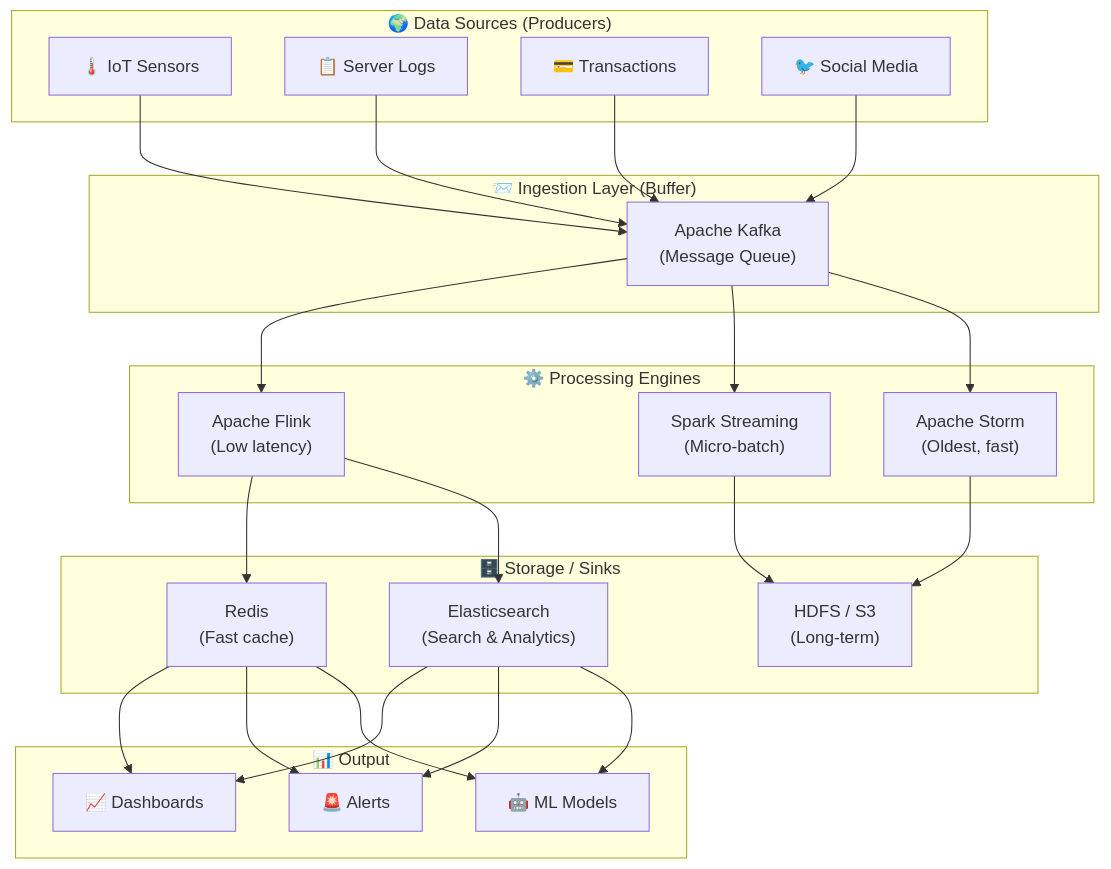
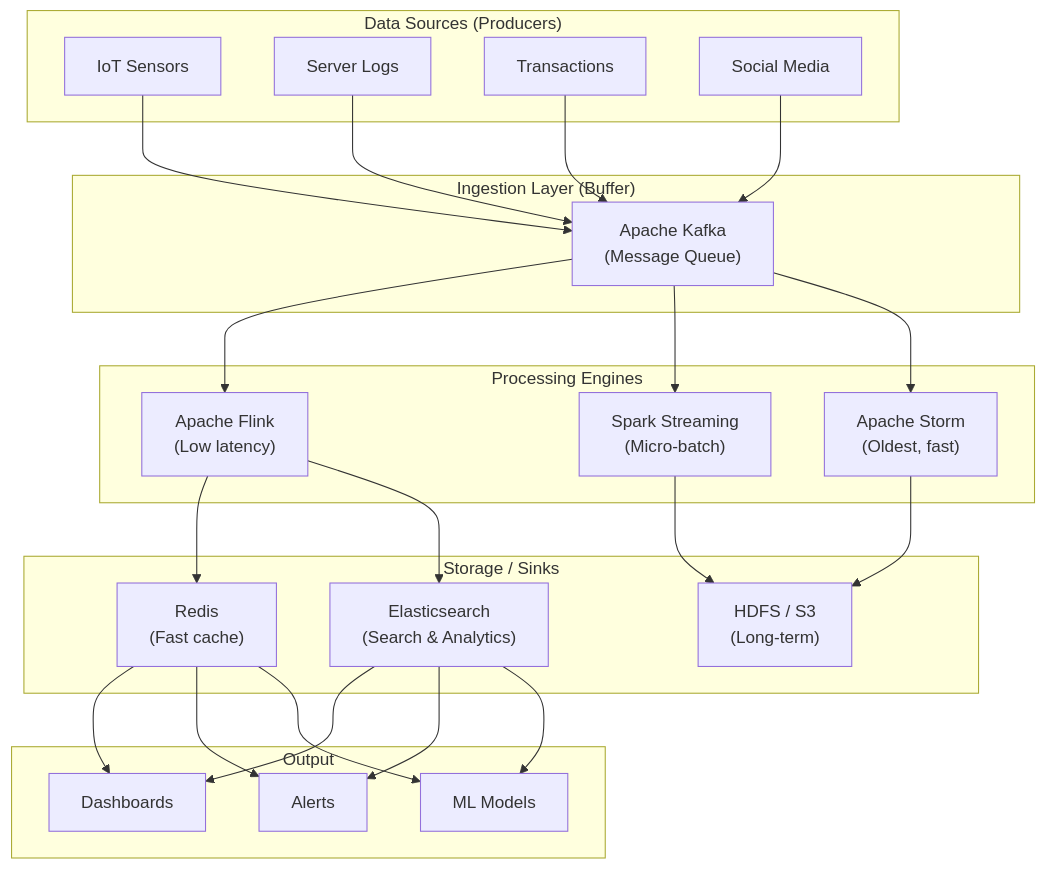
One commit to NK2552003/Big-Data-Survival-Guide changed the second of 8 diagrams in UNITS/UNIT 2/unit-2-english-fun.md. Above: the diagram before and after it, drawn with Mermaid. The commit also changed other lines of this file and 78 other files, not shown here.

````diff
--- a/UNITS/UNIT 2/unit-2-english-fun.md
+++ b/UNITS/UNIT 2/unit-2-english-fun.md
@@ -145,38 +145,38 @@
 ```mermaid
 flowchart TB
-    subgraph Sources["🌍 Data Sources (Producers)"]
-        S1["🌡️ IoT Sensors"]
-        S2["📋 Server Logs"]
-        S3["💳 Transactions"]
-        S4["🐦 Social Media"]
-    end
+ subgraph Sources[" Data Sources (Producers)"]
+ S1[" IoT Sensors"]
+ S2[" Server Logs"]
+ S3[" Transactions"]
+ S4[" Social Media"]
+ end
 
-    subgraph Ingest["📨 Ingestion Layer (Buffer)"]
-        K["Apache Kafka\n(Message Queue)"]
-    end
+ subgraph Ingest[" Ingestion Layer (Buffer)"]
+ K["Apache Kafka\n(Message Queue)"]
+ end
 
-    subgraph Processing["⚙️ Processing Engines"]
-        F["Apache Flink\n(Low latency)"]
-        SS["Spark Streaming\n(Micro-batch)"]
-        ST["Apache Storm\n(Oldest, fast)"]
-    end
+ subgraph Processing[" Processing Engines"]
+ F["Apache Flink\n(Low latency)"]
+ SS["Spark Streaming\n(Micro-batch)"]
+ ST["Apache Storm\n(Oldest, fast)"]
+ end
 
-    subgraph Storage["🗄️ Storage / Sinks"]
-        R["Redis\n(Fast cache)"]
-        H["HDFS / S3\n(Long-term)"]
-        ES["Elasticsearch\n(Search & Analytics)"]
-    end
+ subgraph Storage[" Storage / Sinks"]
+ R["Redis\n(Fast cache)"]
+ H["HDFS / S3\n(Long-term)"]
+ ES["Elasticsearch\n(Search & Analytics)"]
+ end
 
-    subgraph Output["📊 Output"]
-        D["📈 Dashboards"]
-        AL["🚨 Alerts"]
-        ML["🤖 ML Models"]
-    end
+ subgraph Output[" Output"]
+ D[" Dashboards"]
+ AL[" Alerts"]
+ ML[" ML Models"]
+ end
 
-    S1 & S2 & S3 & S4 --> K
-    K --> F & SS & ST
-    F --> R & ES
-    SS --> H
-    ST --> H
-    R & ES --> D & AL & ML
+ S1 & S2 & S3 & S4 --> K
+ K --> F & SS & ST
+ F --> R & ES
+ SS --> H
+ ST --> H
+ R & ES --> D & AL & ML
 ```
````
